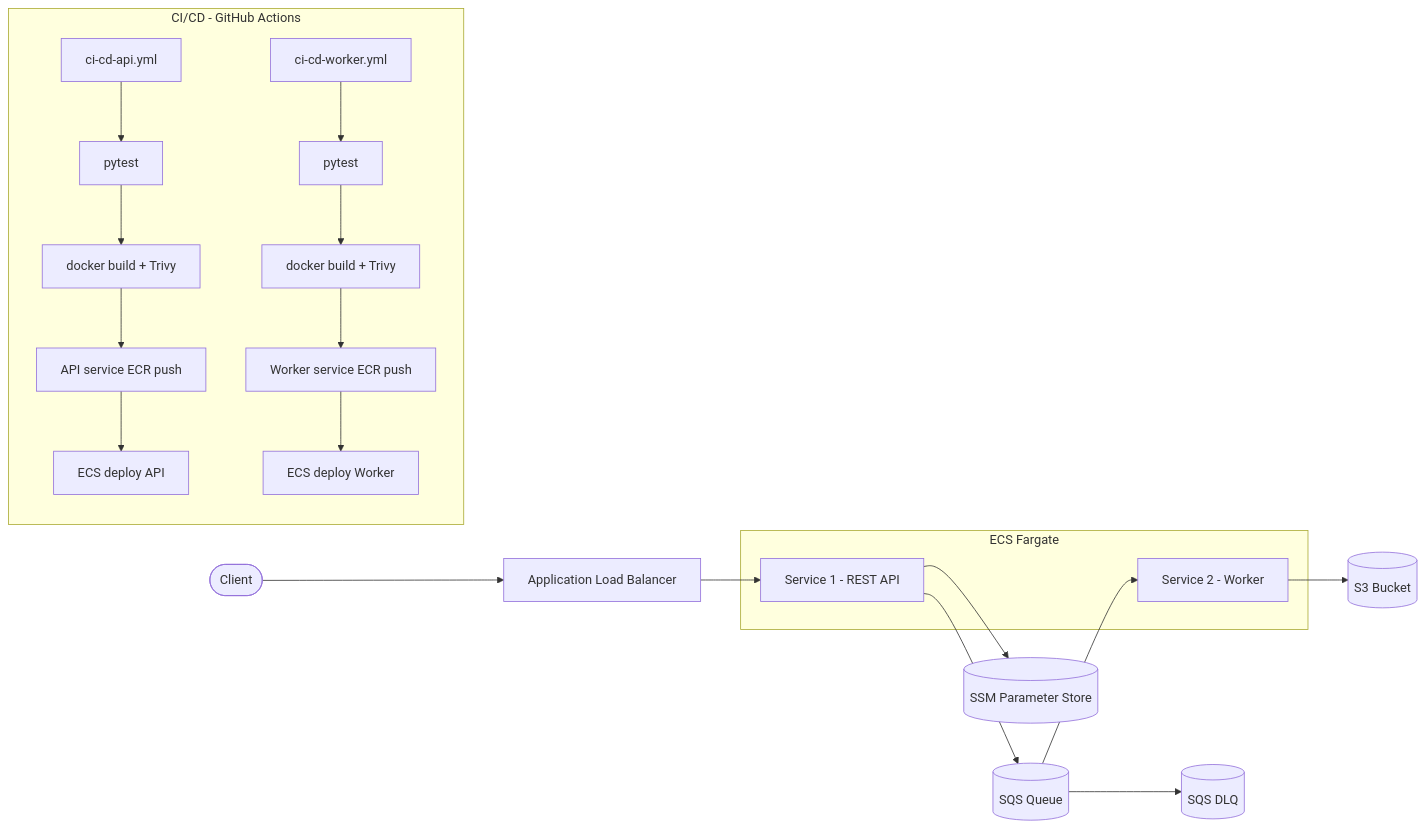
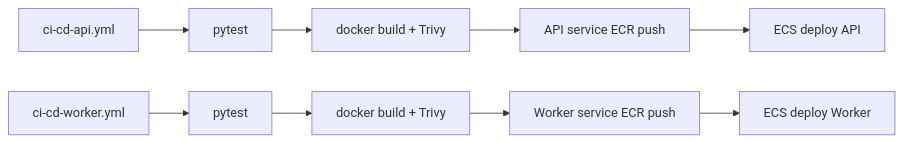
The second of 2 diagrams in README.md (shirasss/aws-ecs-email-pipeline), drawn with Mermaid before and after one commit. The commit also changed other lines of this file, not shown here.

Commit message:
readme file

````diff
--- a/README.md
+++ b/README.md
@@ -22,28 +42,13 @@
 ```mermaid
 flowchart LR
-    Client([Client]) --> ALB[Application Load Balancer]
-    ALB --> API[Service 1 - REST API]
-    API --> SSM[(SSM Parameter Store)]
-    API --> SQS[(SQS Queue)]
-    SQS --> Worker[Service 2 - Worker]
-    Worker --> S3[(S3 Bucket)]
-    SQS --> DLQ[(SQS DLQ)]
-
-    subgraph ECS Fargate
-        API
-        Worker
-    end
-
-    subgraph CI/CD - GitHub Actions
-        GA1[ci-cd-api.yml]
-        GA2[ci-cd-worker.yml]
-        GA1 --> Test1[pytest]
-        Test1 --> Build1[docker build + Trivy]
-        Build1 --> ECR1[API service ECR push]
-        ECR1 --> ECS1[ECS deploy API]
-        GA2 --> Test2[pytest]
-        Test2 --> Build2[docker build + Trivy]
-        Build2 --> ECR2[Worker service ECR push]
-        ECR2 --> ECS2[ECS deploy Worker]
-    end
+    GA1[ci-cd-api.yml]
+    GA2[ci-cd-worker.yml]
+    GA1 --> Test1[pytest]
+    Test1 --> Build1[docker build + Trivy]
+    Build1 --> ECR1[API service ECR push]
+    ECR1 --> ECS1[ECS deploy API]
+    GA2 --> Test2[pytest]
+    Test2 --> Build2[docker build + Trivy]
+    Build2 --> ECR2[Worker service ECR push]
+    ECR2 --> ECS2[ECS deploy Worker]
 ```
````
